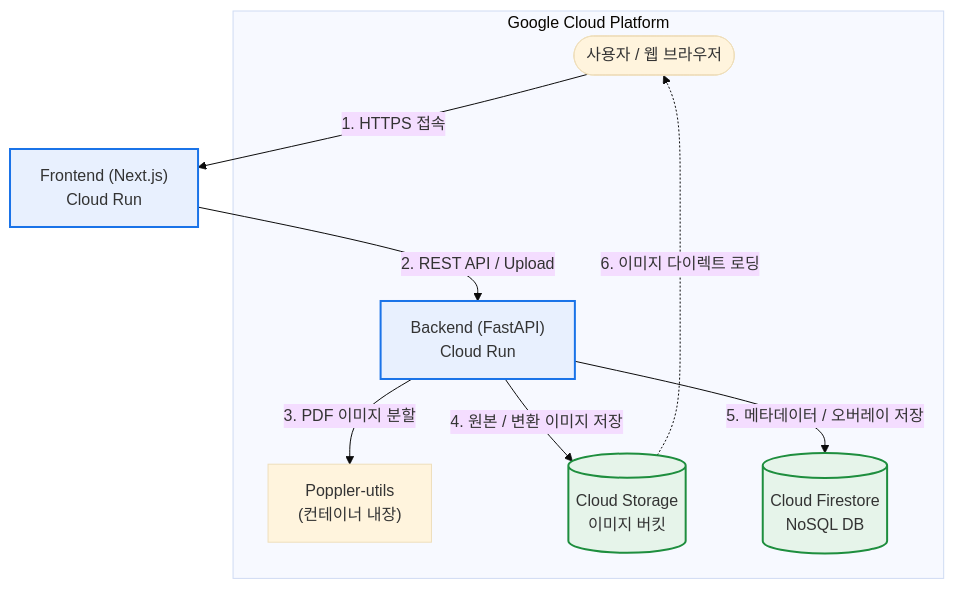
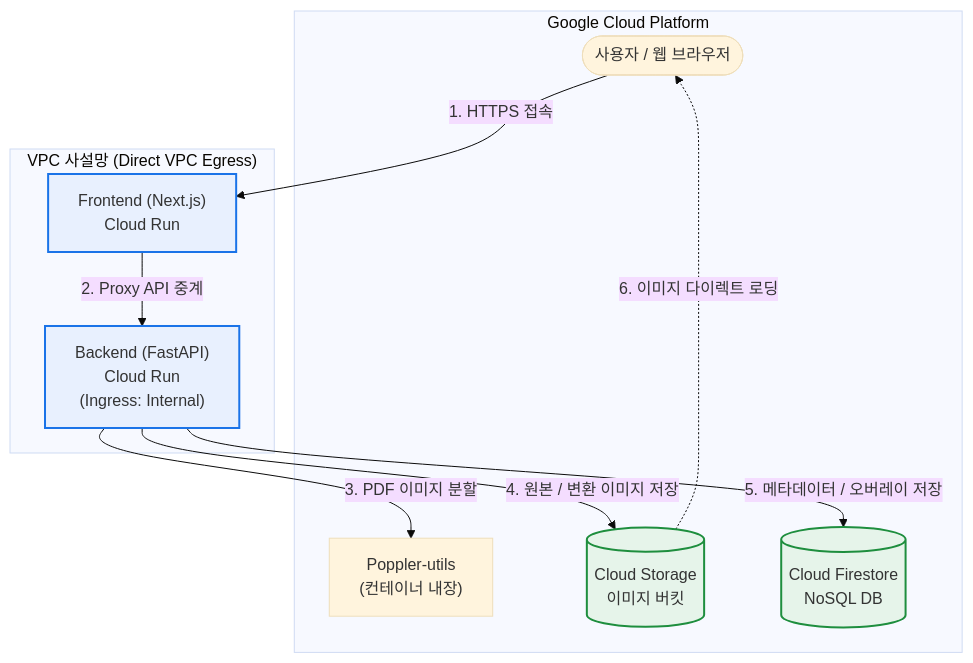
The diagram in README.md (freeman9844/jjflipbook_test_001), drawn with Mermaid (base theme) before and after one commit. The commit also changed 1 other file, not shown here.

Commit message:
docs: Update Mermaid architecture diagrams with Direct VPC subgraph

````diff
--- a/README.md
+++ b/README.md
@@ -97,18 +97,21 @@
 ```mermaid
 graph TD
     User([사용자 / 웹 브라우저]) -->|1. HTTPS 접속| FE_Run["Frontend (Next.js) <br> Cloud Run"];
-    FE_Run -->|2. REST API / Upload| BE_Run["Backend (FastAPI) <br> Cloud Run"];
+    
+    subgraph VPC ["VPC 사설망 (Direct VPC Egress)"]
+        FE_Run -->|2. Proxy API 중계| BE_Run["Backend (FastAPI) <br> Cloud Run <br> (Ingress: Internal)"];
+    end
     
     subgraph Google Cloud Platform
         BE_Run -->|3. PDF 이미지 분할| Poppler["Poppler-utils <br> (컨테이너 내장)"];
         BE_Run -->|4. 원본 / 변환 이미지 저장| GCS[("Cloud Storage <br> 이미지 버킷")];
         BE_Run -->|5. 메타데이터 / 오버레이 저장| Firestore[("Cloud Firestore <br> NoSQL DB")];
         
         GCS -.->|6. 이미지 다이렉트 로딩| User;
     end
 
     style FE_Run fill:#e8f0fe,stroke:#1a73e8,stroke-width:2px
     style BE_Run fill:#e8f0fe,stroke:#1a73e8,stroke-width:2px
     style GCS fill:#e6f4ea,stroke:#1e8e3e,stroke-width:2px
     style Firestore fill:#e6f4ea,stroke:#1e8e3e,stroke-width:2px
 ```
````
